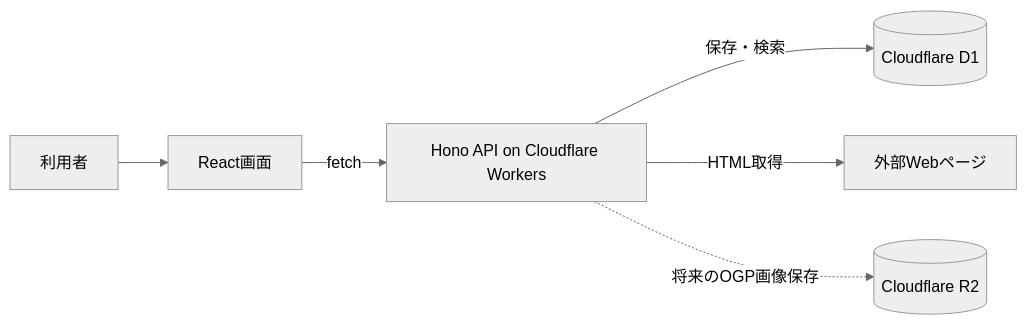
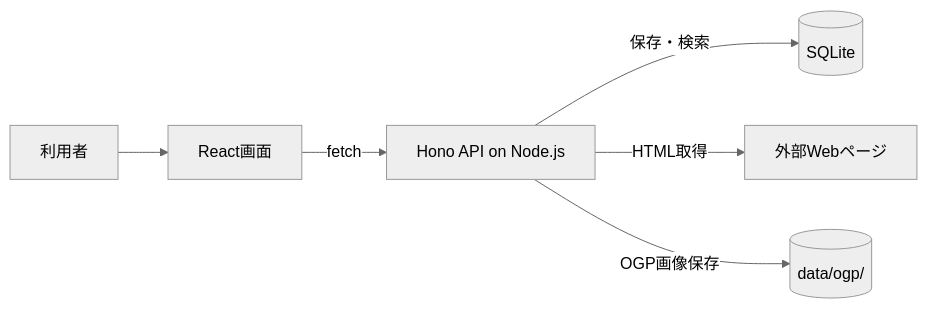
One commit to goofmint/cr-learning changed the diagram in docs/05-application-overview.mdx. Above: the diagram before and after it, drawn with Mermaid (neutral theme). The commit also changed other lines of this file and 16 other files, not shown here.

````diff
--- a/docs/05-application-overview.mdx
+++ b/docs/05-application-overview.mdx
@@ -61,8 +57,8 @@
 ```mermaid
 flowchart LR
   U[利用者] --> C[React画面]
-  C -->|fetch| A[Hono API on Cloudflare Workers]
-  A -->|保存・検索| D[(Cloudflare D1)]
+  C -->|fetch| A[Hono API on Node.js]
+  A -->|保存・検索| D[(SQLite)]
   A -->|HTML取得| W[外部Webページ]
-  A -.将来のOGP画像保存.-> R[(Cloudflare R2)]
+  A -->|OGP画像保存| R[(data/ogp/)]
 ```
````
